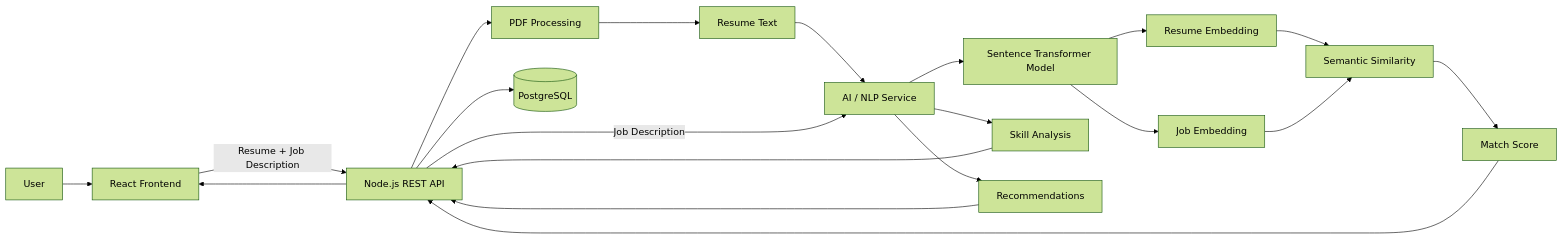
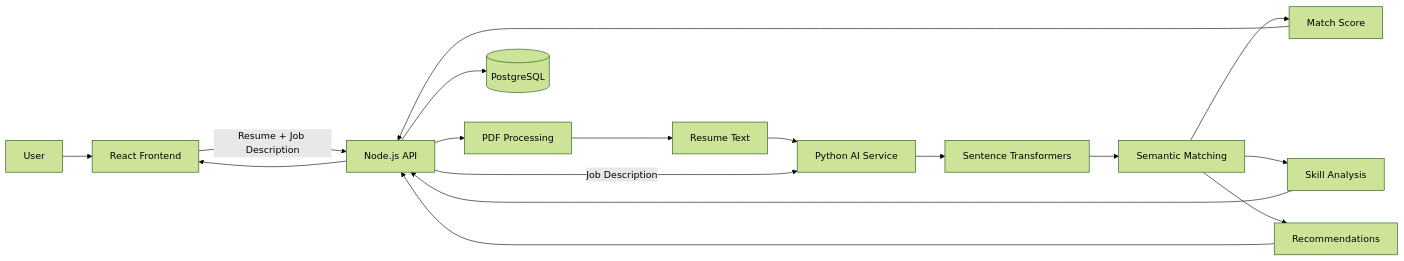
One commit to rachana1707-S/AI-Resume-Analyzer changed the first of 2 diagrams in README.md. Above: the diagram before and after it, drawn with Mermaid (forest theme). The commit also changed other lines of this file, not shown here.

````diff
--- a/README.md
+++ b/README.md
@@ -220,37 +143,27 @@
 ```mermaid
 flowchart LR
-    USER[User]
+    USER[User] --> UI[React Frontend]
 
-    USER --> UI[React Frontend]
-
-    UI -->|Resume + Job Description| API[Node.js REST API]
+    UI -->|Resume + Job Description| API[Node.js API]
 
     API --> PDF[PDF Processing]
-
     PDF --> TEXT[Resume Text]
 
-    TEXT --> AI[AI / NLP Service]
-
+    TEXT --> AI[Python AI Service]
     API -->|Job Description| AI
 
-    AI --> MODEL[Sentence Transformer Model]
+    AI --> MODEL[Sentence Transformers]
 
-    MODEL --> RE[Resume Embedding]
-    MODEL --> JE[Job Embedding]
-
-    RE --> SIM[Semantic Similarity]
-    JE --> SIM
-
-    SIM --> SCORE[Match Score]
-
-    AI --> SKILLS[Skill Analysis]
-    AI --> REC[Recommendations]
+    MODEL --> MATCH[Semantic Matching]
+    MATCH --> SCORE[Match Score]
+    MATCH --> SKILLS[Skill Analysis]
+    MATCH --> REC[Recommendations]
 
     API --> DB[(PostgreSQL)]
 
     SCORE --> API
     SKILLS --> API
     REC --> API
 
     API --> UI
 ```
````
